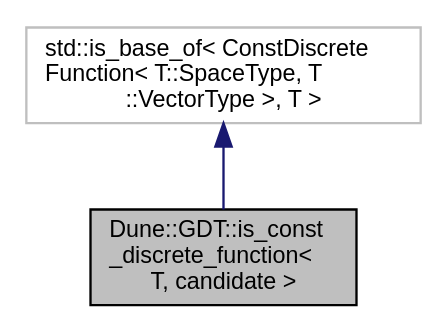
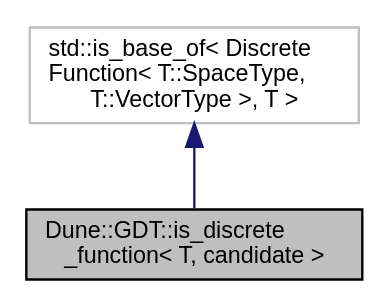
One commit to dune-community/dune-community.github.io changed the diagram in docs/dune-gdt/master/a03224.dot. Above: the diagram before and after it, drawn with Graphviz. The commit also changed 2446 other files, not shown here.

Commit message:
Updated documentation for dune-gdt master

```diff
--- a/docs/dune-gdt/master/a03224.dot
+++ b/docs/dune-gdt/master/a03224.dot
@@ -1,8 +1,8 @@
-digraph "Dune::GDT::is_const_discrete_function&lt; T, candidate &gt;"
+digraph "Dune::GDT::is_discrete_function&lt; T, candidate &gt;"
 {
   edge [fontname="Helvetica",fontsize="10",labelfontname="Helvetica",labelfontsize="10"];
   node [fontname="Helvetica",fontsize="10",shape=record];
-  Node0 [label="Dune::GDT::is_const\l_discrete_function\<\l T, candidate \>",height=0.2,width=0.4,color="black", fillcolor="grey75", style="filled", fontcolor="black"];
+  Node0 [label="Dune::GDT::is_discrete\l_function\< T, candidate \>",height=0.2,width=0.4,color="black", fillcolor="grey75", style="filled", fontcolor="black"];
   Node1 -> Node0 [dir="back",color="midnightblue",fontsize="10",style="solid",fontname="Helvetica"];
-  Node1 [label="std::is_base_of\< ConstDiscrete\lFunction\< T::SpaceType, T\l::VectorType \>, T \>",height=0.2,width=0.4,color="grey75", fillcolor="white", style="filled"];
+  Node1 [label="std::is_base_of\< Discrete\lFunction\< T::SpaceType,\l T::VectorType \>, T \>",height=0.2,width=0.4,color="grey75", fillcolor="white", style="filled"];
 }
```
